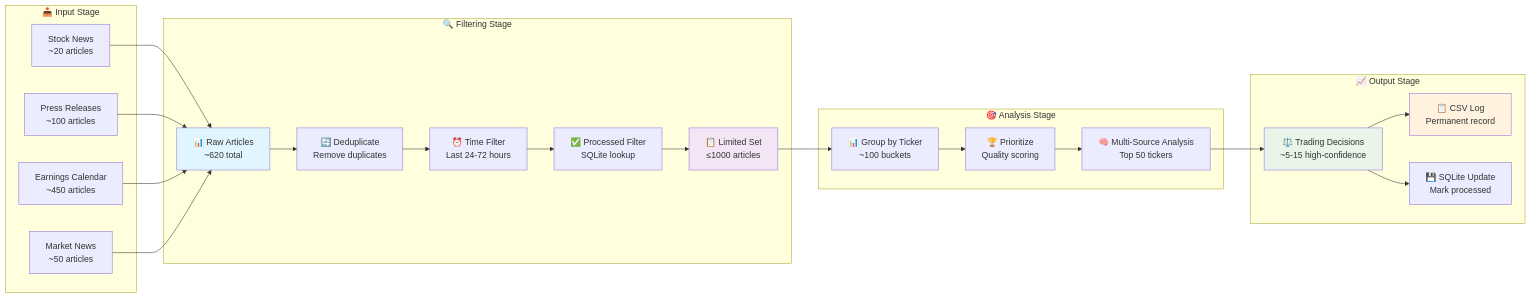
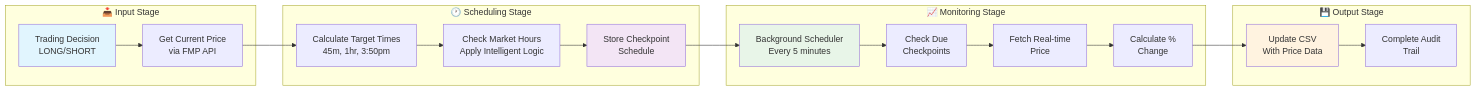
The sixth of 11 diagrams in news_cruncher/README.md (jaygasi/news_analyzer), drawn with Mermaid before and after one commit. The commit also changed other lines of this file and 7 other files, not shown here.

````diff
--- a/news_cruncher/README.md
+++ b/news_cruncher/README.md
@@ -176,52 +264,42 @@
 ```mermaid
 graph LR
     subgraph "📥 Input Stage"
-        API1[Stock News<br/>~20 articles]
-        API2[Press Releases<br/>~100 articles]
-        API3[Earnings Calendar<br/>~450 articles]
-        API4[Market News<br/>~50 articles]
+        Decision[Trading Decision<br/>LONG/SHORT]
+        CurrentPrice[Get Current Price<br/>via FMP API]
     end
     
-    subgraph "🔍 Filtering Stage"
-        Raw[📊 Raw Articles<br/>~620 total]
-        Dedup[🔄 Deduplicate<br/>Remove duplicates]
-        TimeFilter[⏰ Time Filter<br/>Last 24-72 hours]
-        ProcessedFilter[✅ Processed Filter<br/>SQLite lookup]
-        Limited[📋 Limited Set<br/>≤1000 articles]
+    subgraph "🕐 Scheduling Stage"
+        TimeCalc[Calculate Target Times<br/>45m, 1hr, 3:50pm]
+        MarketCheck[Check Market Hours<br/>Apply Intelligent Logic]
+        Schedule[Store Checkpoint<br/>Schedule]
     end
     
-    subgraph "🎯 Analysis Stage"
-        Group[📊 Group by Ticker<br/>~100 buckets]
-        Priority[🏆 Prioritize<br/>Quality scoring]
-        Analyze[🧠 Multi-Source Analysis<br/>Top 50 tickers]
+    subgraph "📈 Monitoring Stage"
+        Background[Background Scheduler<br/>Every 5 minutes]
+        CheckDue[Check Due<br/>Checkpoints]
+        FetchPrice[Fetch Real-time<br/>Price]
+        CalcChange[Calculate %<br/>Change]
     end
     
-    subgraph "📈 Output Stage"
-        Decisions[⚖️ Trading Decisions<br/>~5-15 high-confidence]
-        CSV[📋 CSV Log<br/>Permanent record]
-        DB[💾 SQLite Update<br/>Mark processed]
+    subgraph "💾 Output Stage"
+        UpdateCSV[Update CSV<br/>With Price Data]
+        AuditTrail[Complete Audit<br/>Trail]
     end
     
-    API1 --> Raw
-    API2 --> Raw
-    API3 --> Raw
-    API4 --> Raw
+    Decision --> CurrentPrice
+    CurrentPrice --> TimeCalc
+    TimeCalc --> MarketCheck
+    MarketCheck --> Schedule
     
-    Raw --> Dedup
-    Dedup --> TimeFilter
-    TimeFilter --> ProcessedFilter
-    ProcessedFilter --> Limited
+    Schedule --> Background
+    Background --> CheckDue
+    CheckDue --> FetchPrice
+    FetchPrice --> CalcChange
+    CalcChange --> UpdateCSV
+    UpdateCSV --> AuditTrail
     
-    Limited --> Group
-    Group --> Priority
-    Priority --> Analyze
-    
-    Analyze --> Decisions
-    Decisions --> CSV
-    Decisions --> DB
-    
-    style Raw fill:#e1f5fe
-    style Limited fill:#f3e5f5
-    style Decisions fill:#e8f5e8
-    style CSV fill:#fff3e0
+    style Decision fill:#e1f5fe
+    style Schedule fill:#f3e5f5
+    style Background fill:#e8f5e8
+    style UpdateCSV fill:#fff3e0
 ```
````
